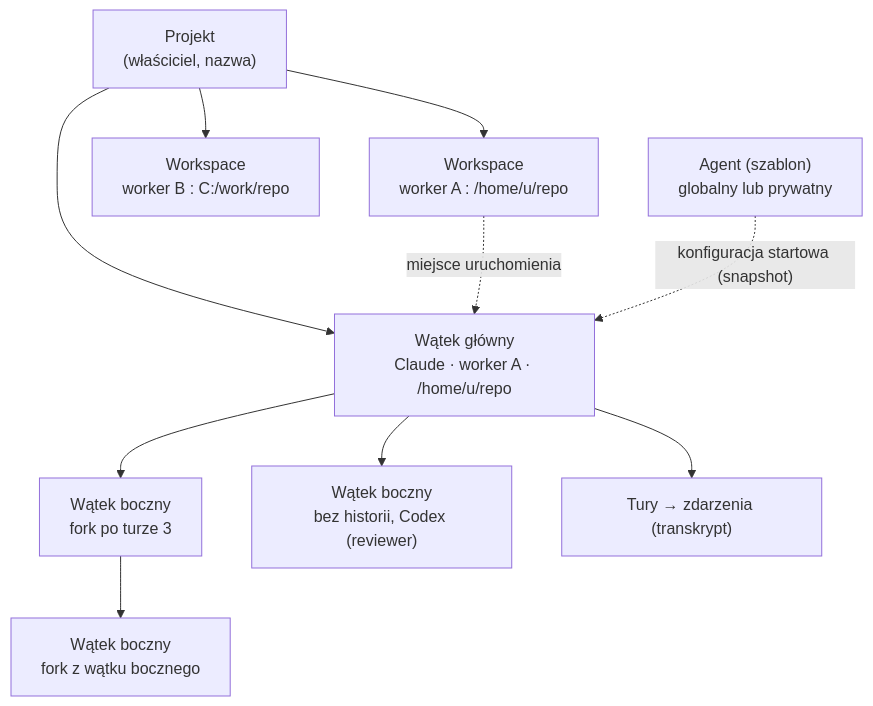
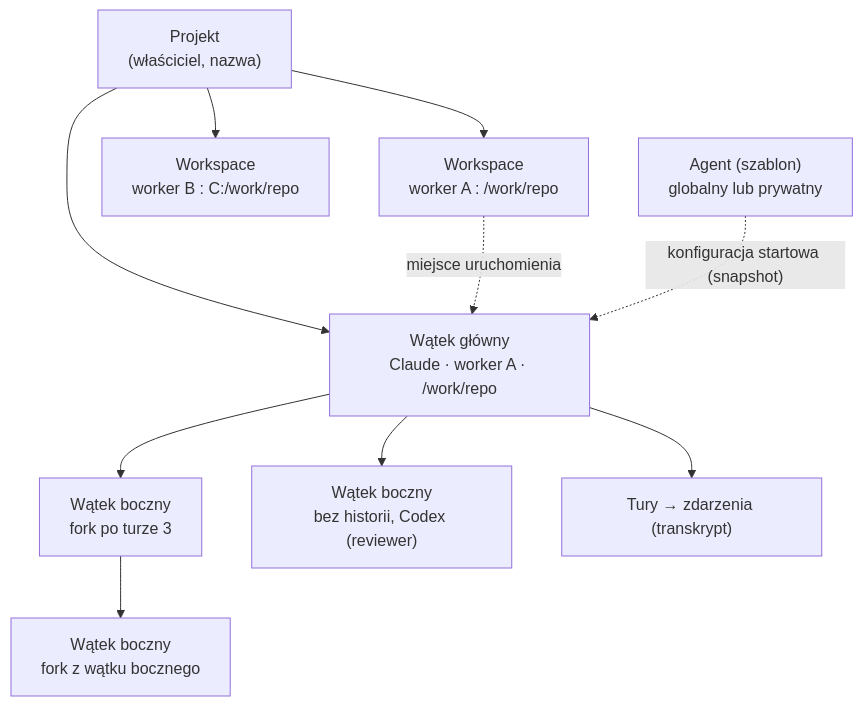
Before and after one commit to itsoltech/canopy: the first of 2 diagrams in docs/threads.md, drawn with Mermaid. The commit also changed other lines of this file and 134 other files, not shown here.

````diff
--- a/docs/threads.md
+++ b/docs/threads.md
@@ -115,22 +115,22 @@
 ```mermaid
 flowchart TB
     P["Projekt<br/>(właściciel, nazwa)"]
-    WS1["Workspace<br/>worker A : /home/u/repo"]
+    WS1["Workspace<br/>worker A : /work/repo"]
     WS2["Workspace<br/>worker B : C:/work/repo"]
     AG["Agent (szablon)<br/>globalny lub prywatny"]
-    M["Wątek główny<br/>Claude · worker A · /home/u/repo"]
+    M["Wątek główny<br/>Claude · worker A · /work/repo"]
     S1["Wątek boczny<br/>fork po turze 3"]
     S2["Wątek boczny<br/>bez historii, Codex (reviewer)"]
     S3["Wątek boczny<br/>fork z wątku bocznego"]
     T["Tury → zdarzenia (transkrypt)"]
 
     P --> WS1
     P --> WS2
     P --> M
     WS1 -. "miejsce uruchomienia" .-> M
     AG -. "konfiguracja startowa (snapshot)" .-> M
     M --> S1
     M --> S2
     S1 --> S3
     M --> T
 ```
````
